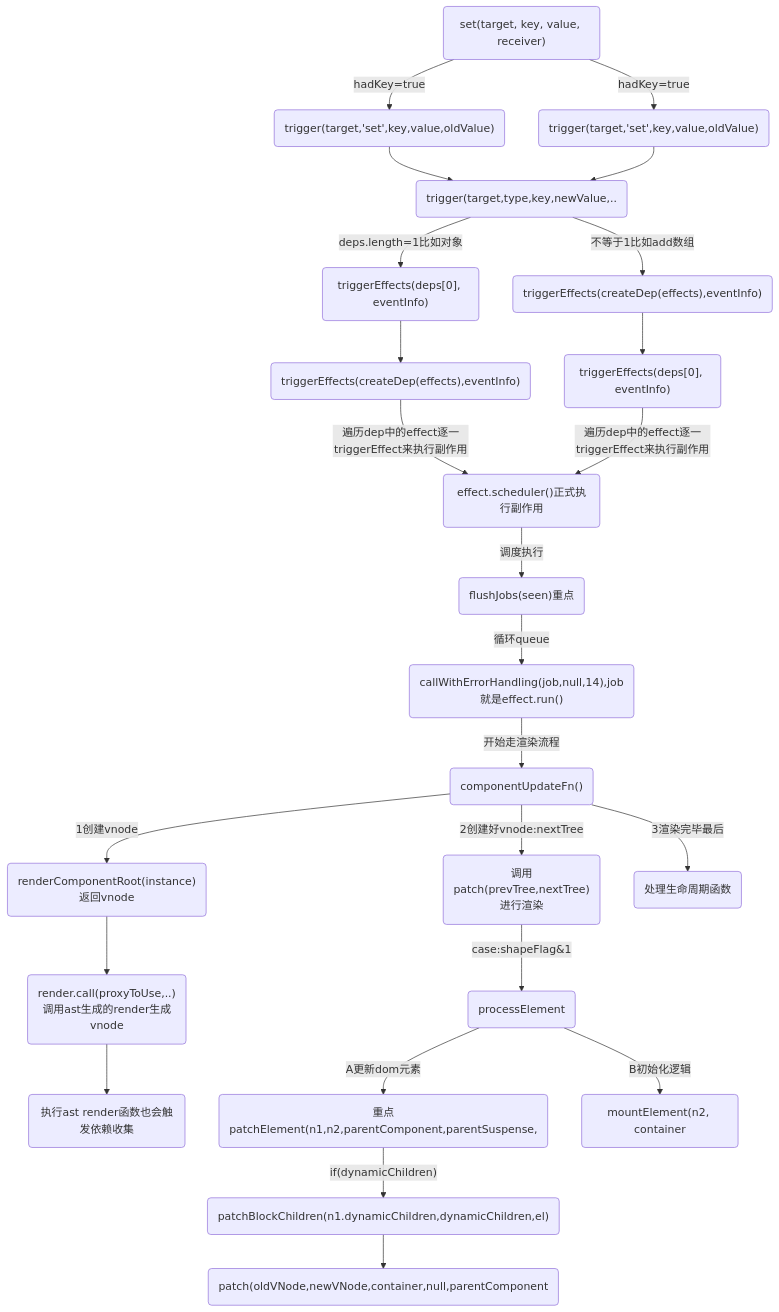
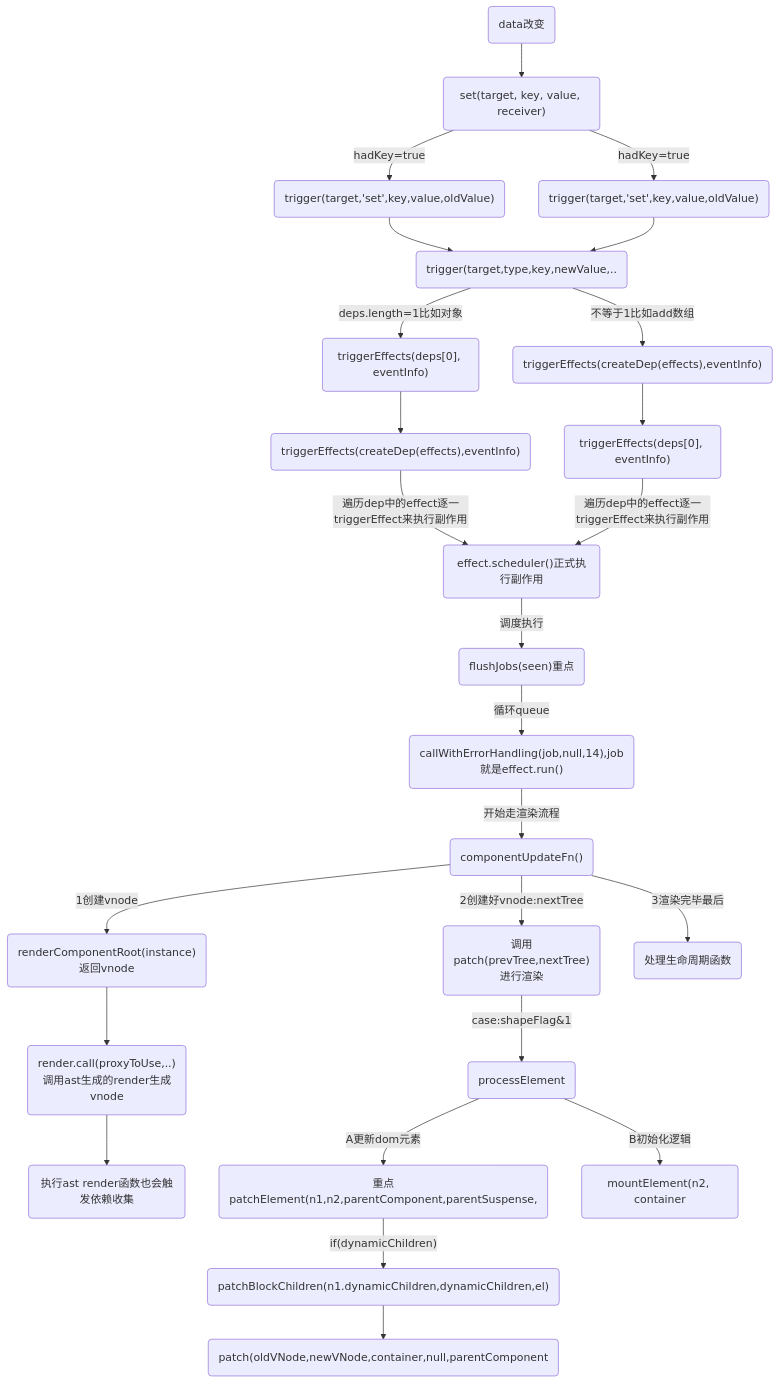
One commit to huiruo/programming-tech-website changed the second of 3 diagrams in programming-tech/Vue/10-data发生改变dom更新流程.md. Above: the diagram before and after it, drawn with Mermaid. The commit also changed other lines of this file and 8 other files, not shown here.

````diff
--- a/programming-tech/Vue/10-data发生改变dom更新流程.md
+++ b/programming-tech/Vue/10-data发生改变dom更新流程.md
@@ -16,35 +351,39 @@
 ```mermaid
 flowchart TD
+A0(data改变)-->A1
+
+%% A0-->b2("get(target,key,receiver")--收集依赖-->b3("track(target,'get',key)")-->b7("trackEffects(dep, eventInfo)")
+
 A1("set(target, key, value, receiver)")--hadKey=true-->A2("trigger(target,'set',key,value,oldValue)")-->A4
 A1--hadKey=true-->A3("trigger(target,'set',key,value,oldValue)")-->A4
 
 A4("trigger(target,type,key,newValue,..")--deps.length=1比如对象-->B1("triggerEffects(deps[0], eventInfo)")
 
 A4--不等于1比如add数组-->B2("triggerEffects(createDep(effects),eventInfo)")
 
 B1-->B12("triggerEffects(createDep(effects),eventInfo)")
 B2-->B13("triggerEffects(deps[0], eventInfo)")
 
 B12--遍历dep中的effect逐一triggerEffect来执行副作用-->B3("triggerEffect(effect,debuggerEventExtraInfo)")
 B13--遍历dep中的effect逐一triggerEffect来执行副作用-->B3("triggerEffect(effect,debuggerEventExtraInfo)")
 
 %% B3("effect.scheduler()正式执行副作用")--调度执行-->C1
 B3("effect.scheduler()正式执行副作用")--调度执行-->C3
 
 %% C1("queueJob(job)")-->C2("queueFlush()")-->C3("flushJobs(seen)重点")--循环queue-->C4("callWithErrorHandling(job,null,14),job就是effect.run()")--开始走渲染流程-->Z1
 
 C3("flushJobs(seen)重点")--循环queue-->C4("callWithErrorHandling(job,null,14),job就是effect.run()")--开始走渲染流程-->Z1
 
 %% 渲染流程
 Z1("componentUpdateFn()")--1创建vnode-->V3("renderComponentRoot(instance)返回vnode")-->V4
 
 V4("render.call(proxyToUse,..)调用ast生成的render生成vnode")-->C41("执行ast render函数也会触发依赖收集")
 
 Z1--2创建好vnode:nextTree-->D1("调用patch(prevTree,nextTree)进行渲染")--case:shapeFlag&1-->D12("processElement")--A更新dom元素-->D2("重点patchElement(n1,n2,parentComponent,parentSuspense,")--"if(dynamicChildren)"-->E1("patchBlockChildren(n1.dynamicChildren,dynamicChildren,el)")-->E2("patch(oldVNode,newVNode,container,null,parentComponent")
 
 D12--B初始化逻辑-->D3("mountElement(n2, container")
 
 %%("mountElement(n2, container")
 
 Z1--3渲染完毕最后-->Z2("处理生命周期函数")
 ```
````
